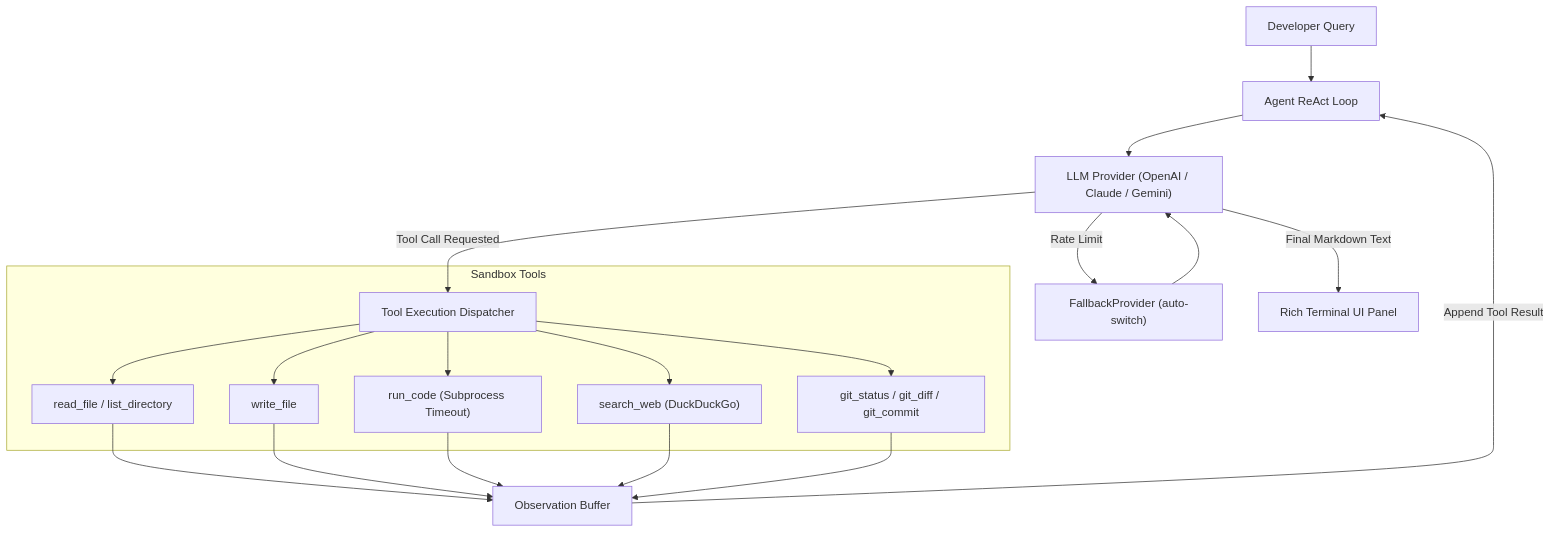
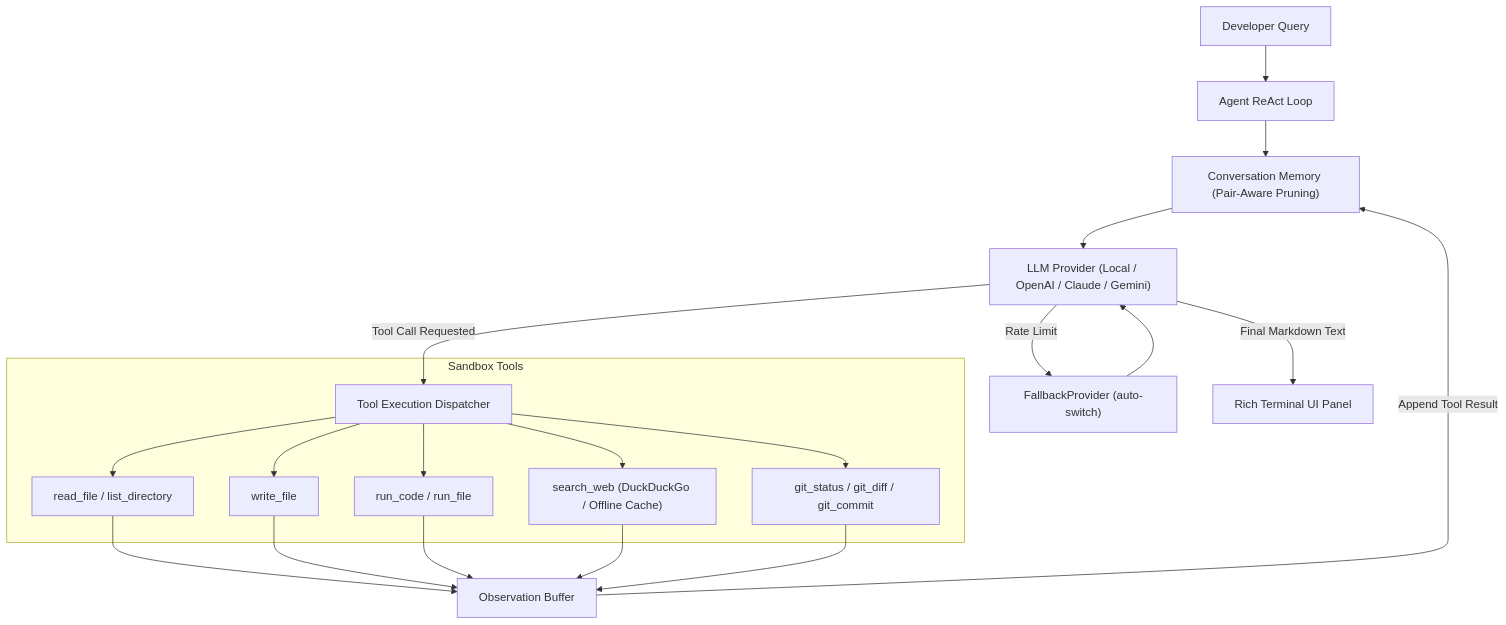
The diagram in README.md (Yash1bajpai/nexus-agent), drawn with Mermaid before and after one commit. The commit also changed 17 other files, not shown here.

Commit message:
fix: address audit report issues and update memory graph

````diff
--- a/README.md
+++ b/README.md
@@ -99,25 +99,26 @@
 ```mermaid
 graph TD
     User["Developer Query"] --> Core["Agent ReAct Loop"]
-    Core --> Provider["LLM Provider (OpenAI / Claude / Gemini)"]
+    Core --> Mem["Conversation Memory (Pair-Aware Pruning)"]
+    Mem --> Provider["LLM Provider (Local / OpenAI / Claude / Gemini)"]
     Provider -->|Tool Call Requested| Dispatcher["Tool Execution Dispatcher"]
     Provider -->|Rate Limit| Fallback["FallbackProvider (auto-switch)"]
     Fallback --> Provider
     
     subgraph Sandbox Tools
         Dispatcher --> RF["read_file / list_directory"]
         Dispatcher --> WF["write_file"]
-        Dispatcher --> RC["run_code (Subprocess Timeout)"]
-        Dispatcher --> WEB["search_web (DuckDuckGo)"]
+        Dispatcher --> RC["run_code / run_file"]
+        Dispatcher --> WEB["search_web (DuckDuckGo / Offline Cache)"]
         Dispatcher --> GIT["git_status / git_diff / git_commit"]
     end
     
     RF --> Obs["Observation Buffer"]
     WF --> Obs
     RC --> Obs
     WEB --> Obs
     GIT --> Obs
     
-    Obs -->|Append Tool Result| Core
+    Obs -->|Append Tool Result| Mem
     Provider -->|Final Markdown Text| UI["Rich Terminal UI Panel"]
 ```
````
